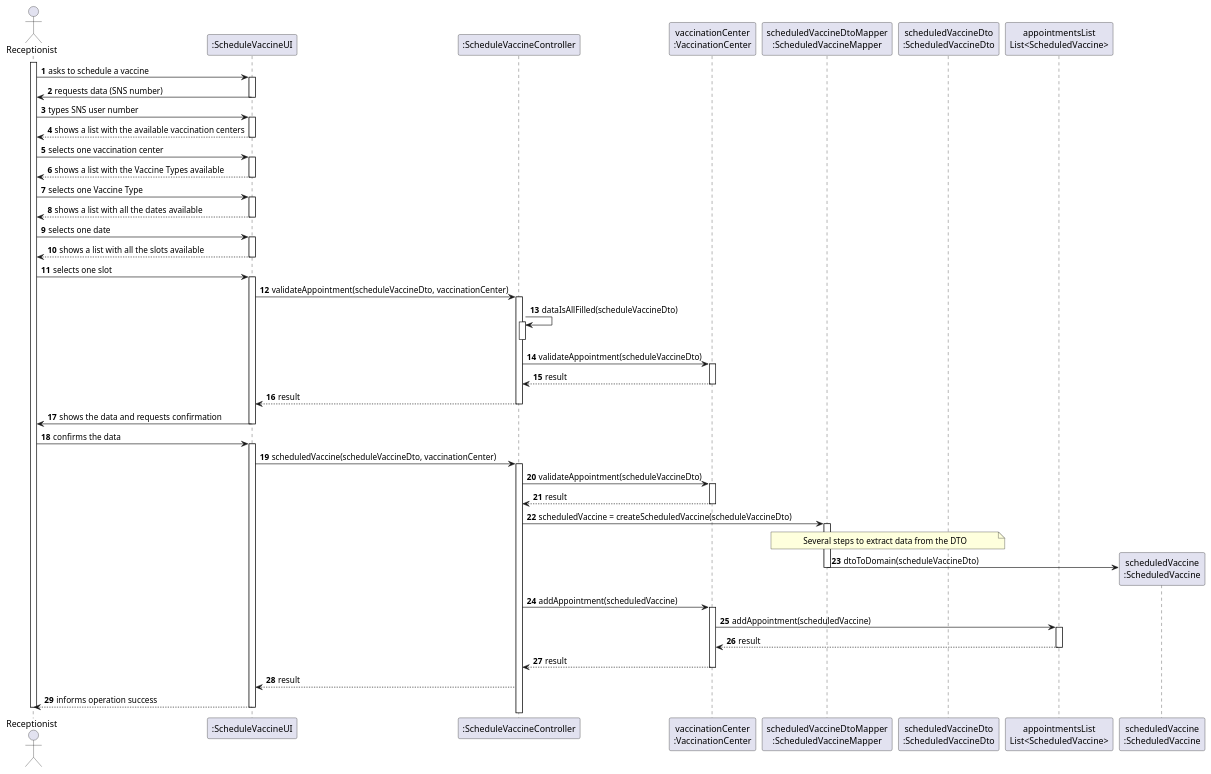
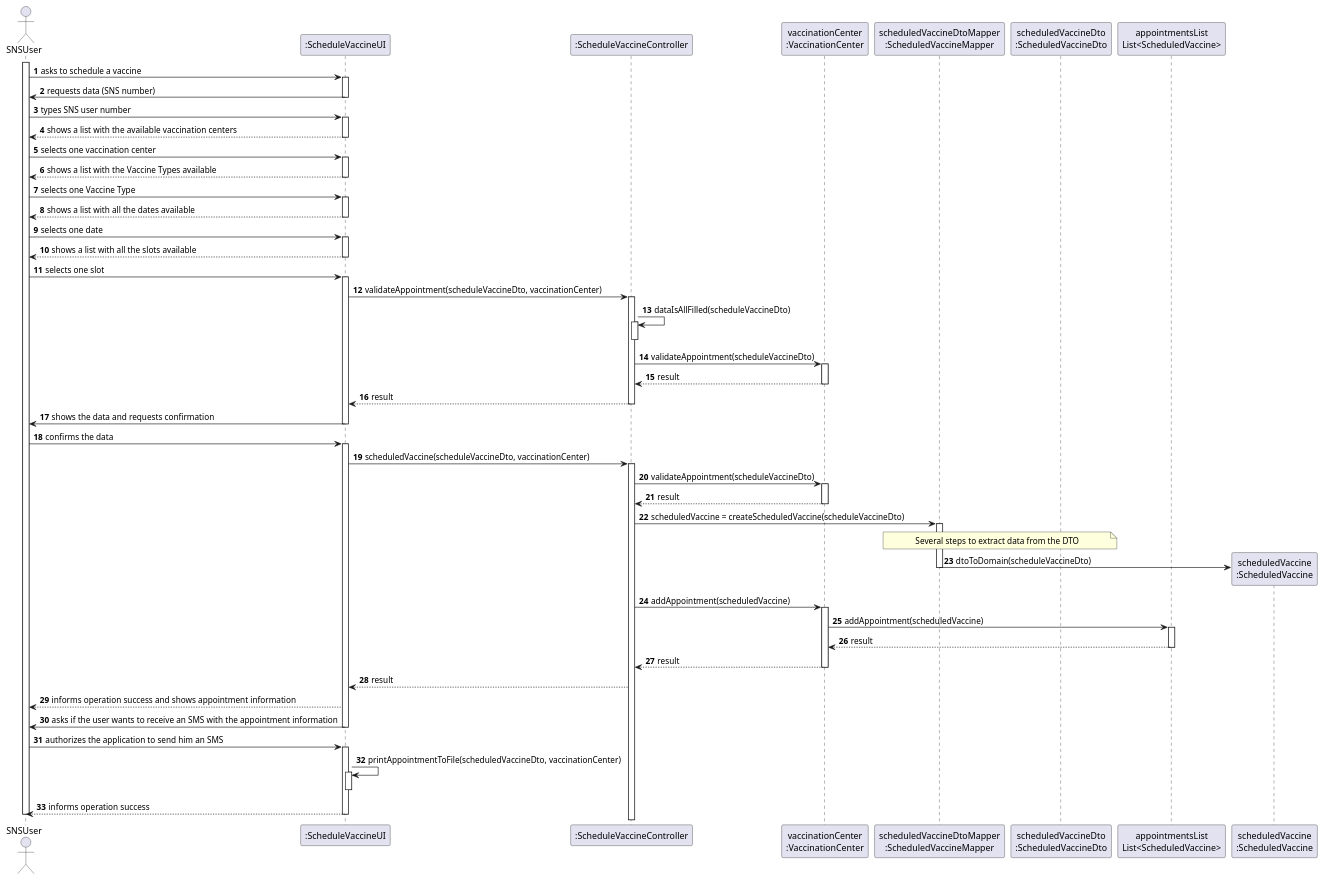
Before and after one commit to Pirussa/lei-22-s2-1da-g02: the diagram in docs/SprintC/US001/US001_SD.puml, drawn with PlantUML. The commit also changed 7 other files, not shown here.

Commit message:
US001 - Design - SD update (added SMS  notice) US001 - Implementation - Added method on controller to get the user's phone number and changed UI in order to show that the SMS was sucessfully sent

```diff
--- a/docs/SprintC/US001/US001_SD.puml
+++ b/docs/SprintC/US001/US001_SD.puml
@@ -1,118 +1,121 @@
 @startuml
 
 autonumber
 
-actor Receptionist as R
+actor SNSUser as U
 
 participant ":ScheduleVaccineUI" as UI
 participant ":ScheduleVaccineController" as CTRL
 participant "vaccinationCenter\n:VaccinationCenter" as VC
 participant "scheduledVaccineDtoMapper\n:ScheduledVaccineMapper" as M
 participant "scheduledVaccineDto\n:ScheduledVaccineDto" as DTO
 participant "appointmentsList\nList<ScheduledVaccine>" as L
 
 'participant "Utils" as U
 
-activate R
-R -> UI : asks to schedule a vaccine
+activate U
+U -> UI : asks to schedule a vaccine
 
 
 activate UI
-UI-> R : requests data (SNS number)
+UI-> U : requests data (SNS number)
 deactivate UI
-R-> UI : types SNS user number
+U-> UI : types SNS user number
 
 
 activate UI
-UI --> R : shows a list with the available vaccination centers
+UI --> U : shows a list with the available vaccination centers
 deactivate UI
-R -> UI : selects one vaccination center
+U -> UI : selects one vaccination center
 
 
 activate UI
- UI --> R : shows a list with the Vaccine Types available
+ UI --> U : shows a list with the Vaccine Types available
 deactivate UI
-R -> UI : selects one Vaccine Type
+U -> UI : selects one Vaccine Type
 
 
 activate UI
- UI --> R : shows a list with all the dates available
+ UI --> U : shows a list with all the dates available
 deactivate UI
-R -> UI : selects one date
+U -> UI : selects one date
 
 
 activate UI
- UI --> R : shows a list with all the slots available
+ UI --> U : shows a list with all the slots available
 deactivate UI
-R -> UI : selects one slot
+U -> UI : selects one slot
 
 
 
 activate UI
 UI -> CTRL : validateAppointment(scheduleVaccineDto, vaccinationCenter)
 
 activate CTRL
 CTRL -> CTRL : dataIsAllFilled(scheduleVaccineDto)
 activate CTRL
 deactivate CTRL
 CTRL -> VC : validateAppointment(scheduleVaccineDto)
 
 activate VC
 VC ---> CTRL : result
 deactivate VC
 
 
 CTRL ---> UI : result
 deactivate CTRL
 
-UI -> R : shows the data and requests confirmation
+UI -> U : shows the data and requests confirmation
 deactivate UI
 
-R -> UI : confirms the data
+U -> UI : confirms the data
 activate UI
 
 UI -> CTRL : scheduledVaccine(scheduleVaccineDto, vaccinationCenter)
 activate CTRL
 
 
 CTRL -> VC : validateAppointment(scheduleVaccineDto)
 
 activate VC
 VC ---> CTRL : result
 deactivate VC
 CTRL -> M : scheduledVaccine = createScheduledVaccine(scheduleVaccineDto)
 activate M
 note over M, DTO
 Several steps to extract data from the DTO
 end note
 M -> "scheduledVaccine\n:ScheduledVaccine" ** : dtoToDomain(scheduleVaccineDto)
 deactivate M
 
 CTRL -> VC : addAppointment(scheduledVaccine)
 activate VC
 
 
 VC -> L : addAppointment(scheduledVaccine)
 activate L
 L --> VC : result
 
 deactivate L
 
 VC --> CTRL : result
 
 deactivate VC
 
 
 
+CTRL ---> UI : result
+UI --> U : informs operation success and shows appointment information
 
+UI -> U : asks if the user wants to receive an SMS with the appointment information
+deactivate UI
 
-
-
-
-
-
-CTRL ---> UI : result
-UI --> R : informs operation success
+U -> UI : authorizes the application to send him an SMS
+activate UI
+UI -> UI : printAppointmentToFile(scheduledVaccineDto, vaccinationCenter)
+activate UI
 deactivate UI
-deactivate R
+UI ---> U : informs operation success
+deactivate UI
+deactivate U
 @enduml
```
